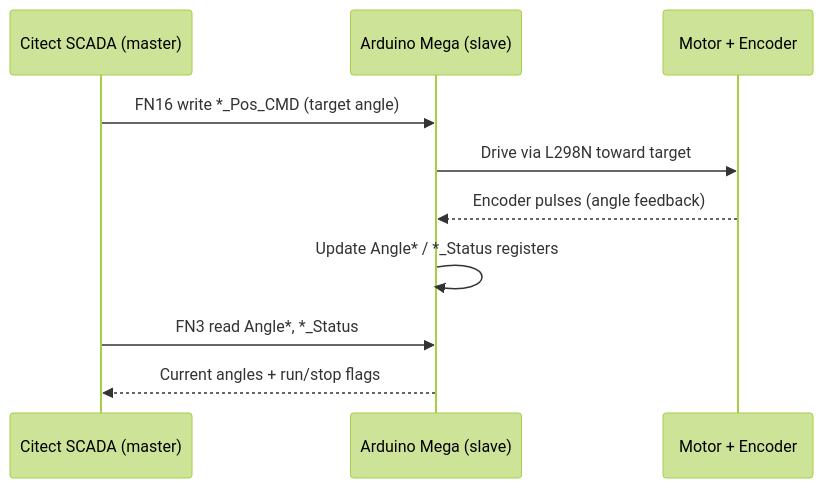
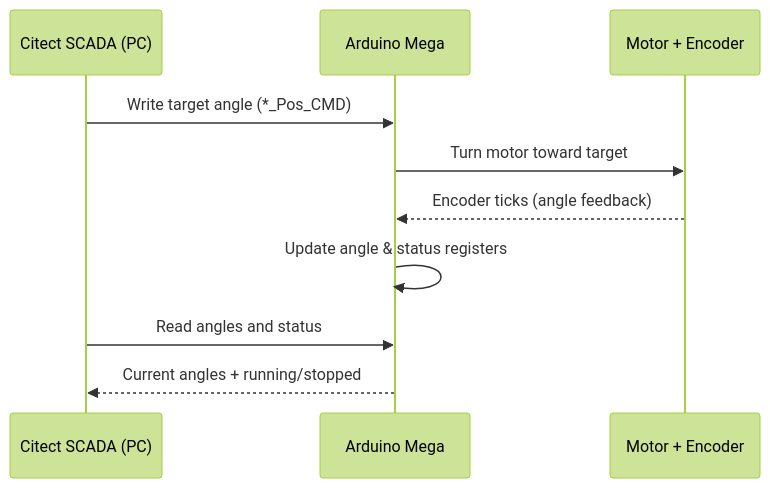
Before and after one commit to sina-mohebbi/6dof_manipulator_arm: the third of 3 diagrams in README.md, drawn with Mermaid (forest theme). The commit also changed other lines of this file, not shown here.

````diff
--- a/README.md
+++ b/README.md
@@ -193,12 +188,12 @@
 ```mermaid
 sequenceDiagram
-    participant S as Citect SCADA (master)
-    participant A as Arduino Mega (slave)
+    participant S as Citect SCADA (PC)
+    participant A as Arduino Mega
     participant M as Motor + Encoder
-    S->>A: FN16 write *_Pos_CMD (target angle)
-    A->>M: Drive via L298N toward target
-    M-->>A: Encoder pulses (angle feedback)
-    A->>A: Update Angle* / *_Status registers
-    S->>A: FN3 read Angle*, *_Status
-    A-->>S: Current angles + run/stop flags
+    S->>A: Write target angle (*_Pos_CMD)
+    A->>M: Turn motor toward target
+    M-->>A: Encoder ticks (angle feedback)
+    A->>A: Update angle & status registers
+    S->>A: Read angles and status
+    A-->>S: Current angles + running/stopped
 ```
````
